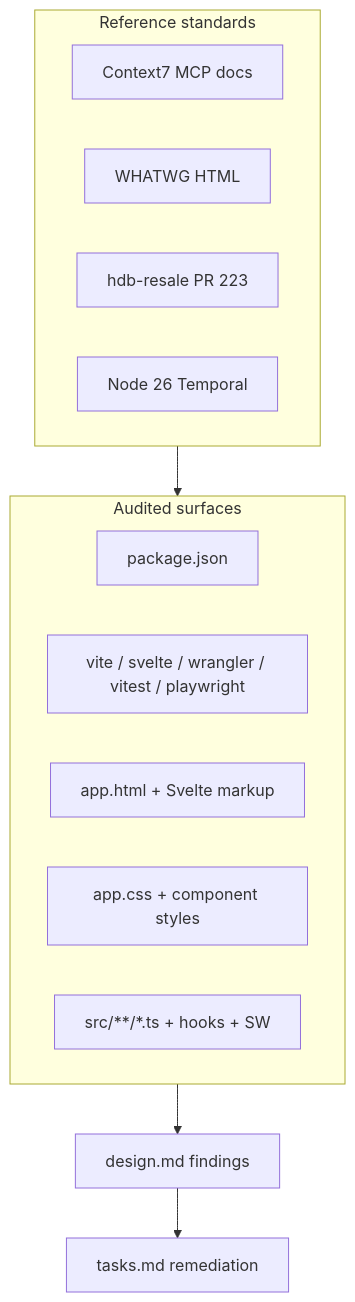
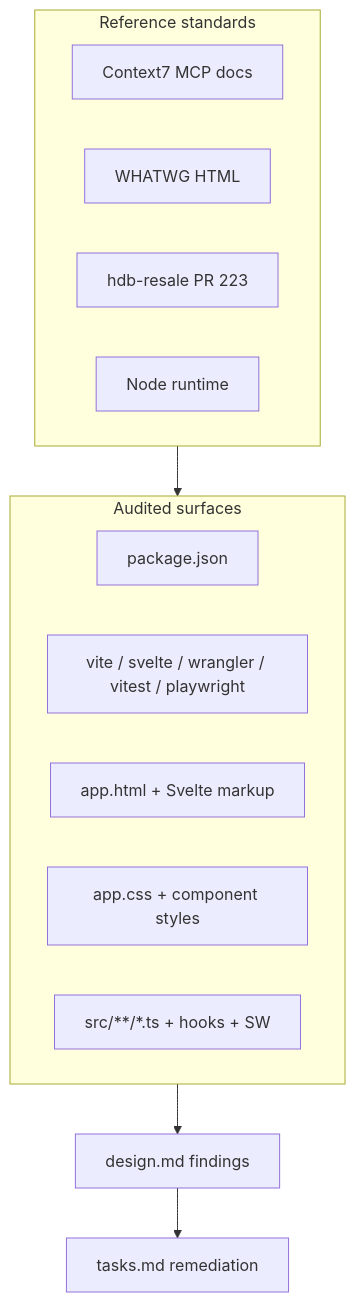
The second of 2 diagrams in .kiro/specs/platform-modernization-audit/design.md (shenghaoc/rowplay), drawn with Mermaid before and after one commit. The commit also changed other lines of this file and 33 other files, not shown here.

First line of the commit message:
[codex] Remove Temporal polyfill runtime (#157)

````diff
--- a/.kiro/specs/platform-modernization-audit/design.md
+++ b/.kiro/specs/platform-modernization-audit/design.md
@@ -287,21 +280,21 @@
 ```mermaid
 flowchart TB
   subgraph audited ["Audited surfaces"]
     PKG[package.json]
     CFG[vite / svelte / wrangler / vitest / playwright]
     HTML[app.html + Svelte markup]
     CSS[app.css + component styles]
     JS[src/**/*.ts + hooks + SW]
   end
 
   subgraph refs ["Reference standards"]
     C7[Context7 MCP docs]
     WHATWG[WHATWG HTML]
     PR223[hdb-resale PR 223]
-    NODE26[Node 26 Temporal]
+    NODE[Node runtime]
   end
 
   refs --> audited
   audited --> FIND[design.md findings]
   FIND --> TASKS[tasks.md remediation]
 ```
````
